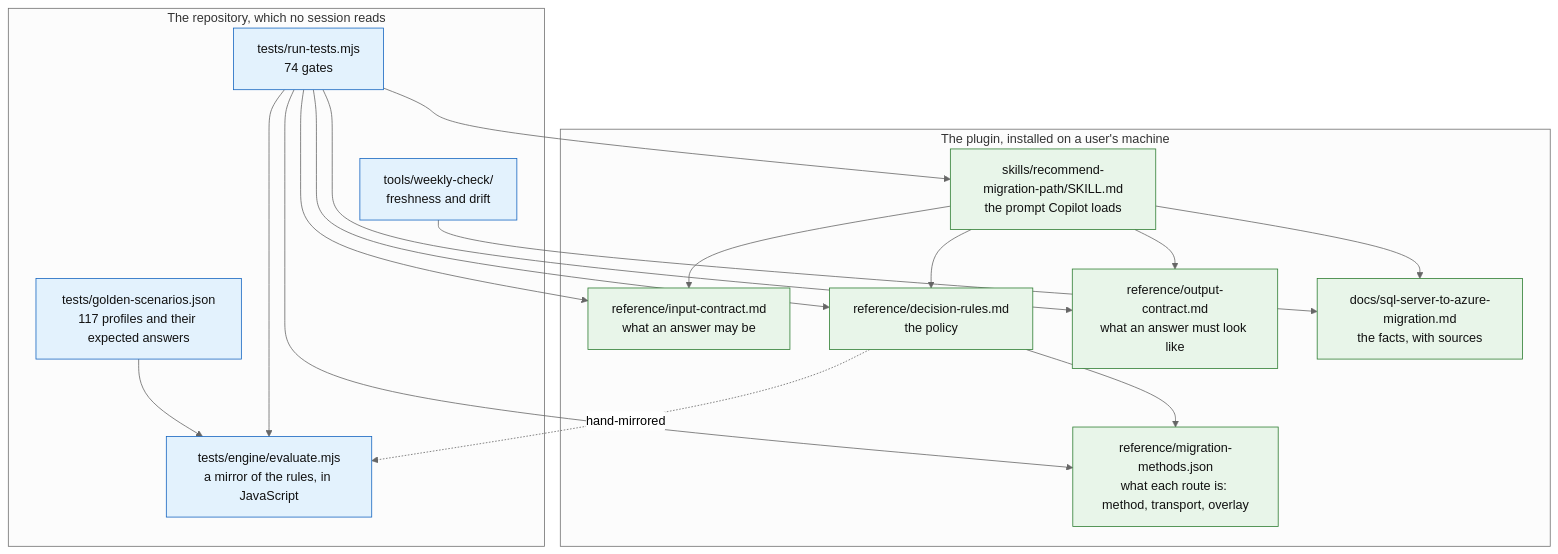
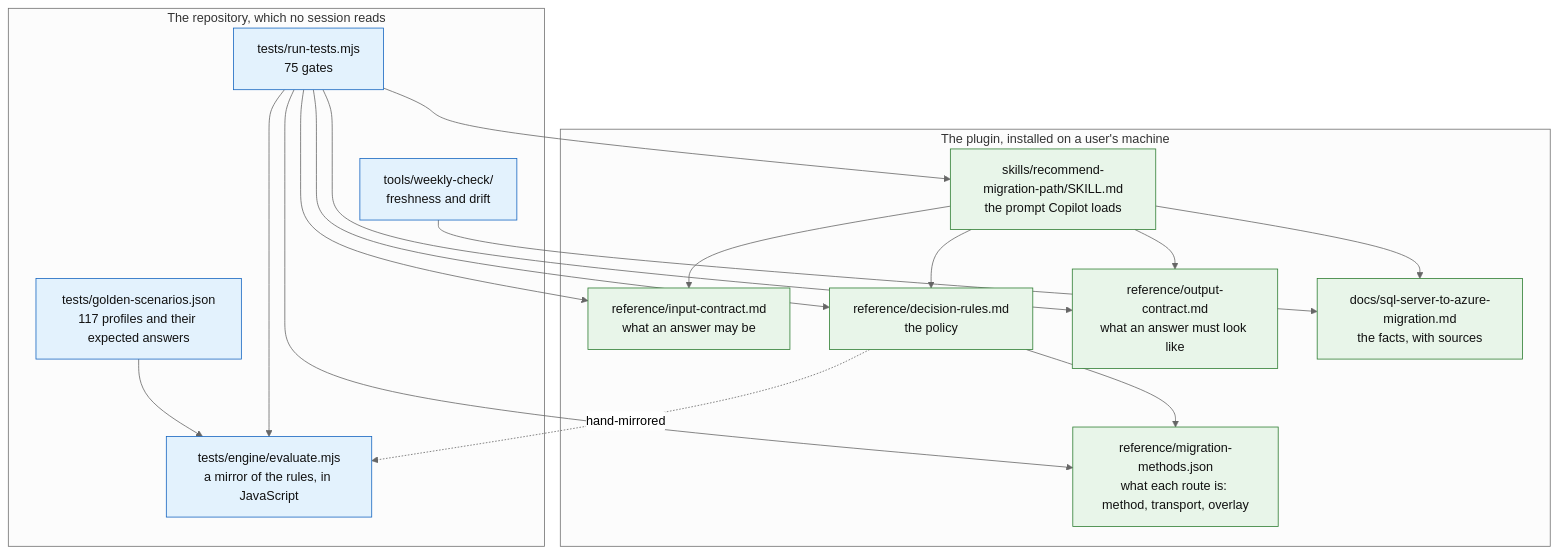
Before and after one commit to fredgis/sql-migration-advisor: the first of 3 diagrams in docs/ARCHITECTURE.md, drawn with Mermaid (neutral theme). The commit also changed other lines of this file and 13 other files, not shown here.

````diff
--- a/docs/ARCHITECTURE.md
+++ b/docs/ARCHITECTURE.md
@@ -28,38 +28,38 @@
 ```mermaid
 flowchart TD
     subgraph plugin["The plugin, installed on a user's machine"]
       SK["skills/recommend-migration-path/SKILL.md<br/>the prompt Copilot loads"]
       IC["reference/input-contract.md<br/>what an answer may be"]
       DR["reference/decision-rules.md<br/>the policy"]
       OC["reference/output-contract.md<br/>what an answer must look like"]
       MM["reference/migration-methods.json<br/>what each route is: method, transport, overlay"]
       KB["docs/sql-server-to-azure-migration.md<br/>the facts, with sources"]
     end
 
     subgraph repo["The repository, which no session reads"]
       EN["tests/engine/evaluate.mjs<br/>a mirror of the rules, in JavaScript"]
       GS["tests/golden-scenarios.json<br/>117 profiles and their expected answers"]
-      GA["tests/run-tests.mjs<br/>74 gates"]
+      GA["tests/run-tests.mjs<br/>75 gates"]
       WK["tools/weekly-check/<br/>freshness and drift"]
     end
 
     SK --> IC
     SK --> DR
     SK --> OC
     SK --> KB
     DR --> MM
     DR -.->|hand-mirrored| EN
     GS --> EN
     GA --> EN
     GA --> SK
     GA --> IC
     GA --> DR
     GA --> OC
     GA --> MM
     WK --> KB
 
     classDef live fill:#e8f5e9,stroke:#2e7d32,color:#111
     classDef test fill:#e3f2fd,stroke:#1565c0,color:#111
     class SK,IC,DR,OC,KB,MM live
     class EN,GS,GA,WK test
 ```
````
